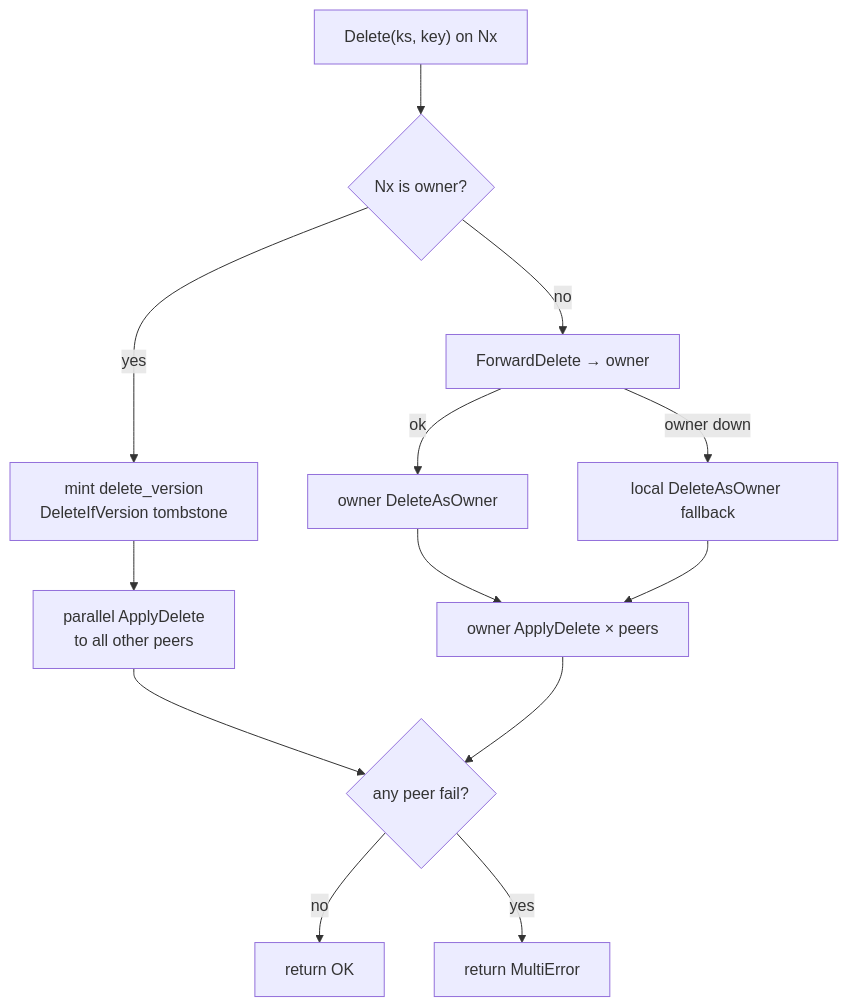
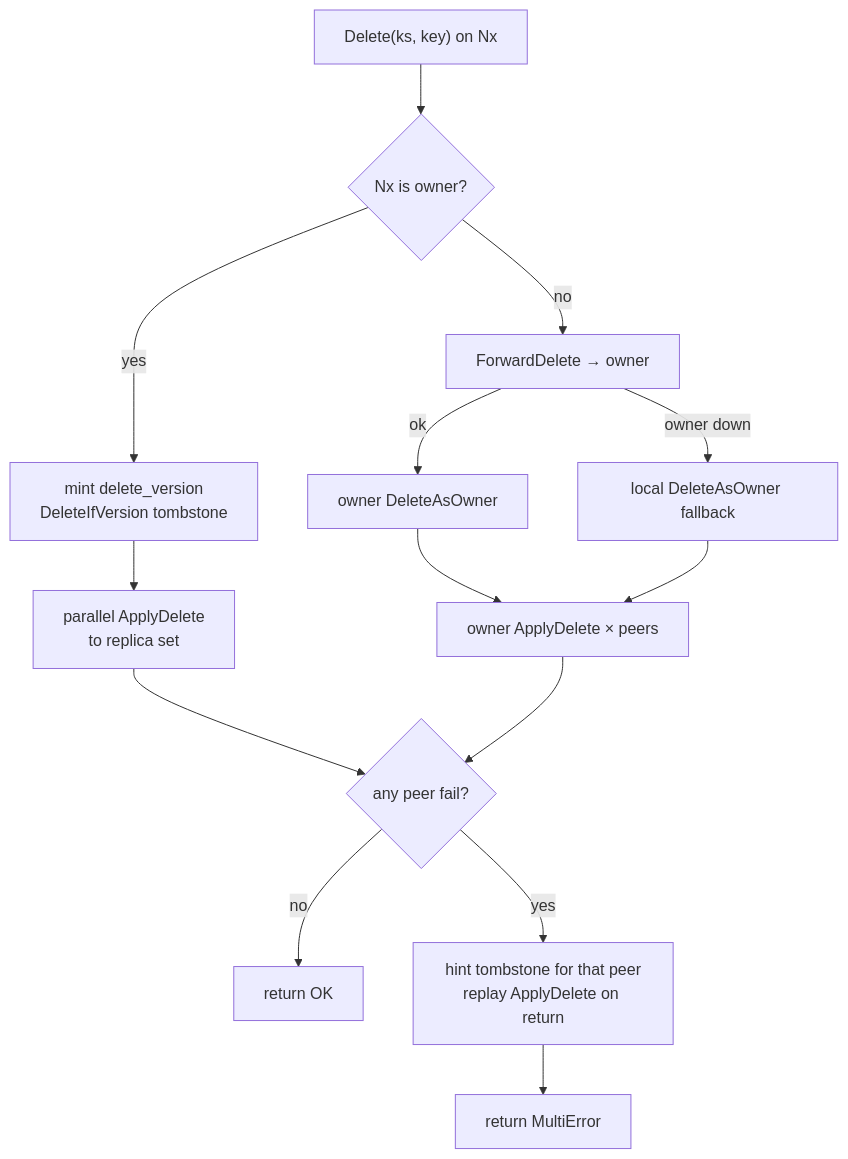
One commit to Code0987/supercache changed the eighth of 18 diagrams in docs/CLUSTER_FLOWS.md. Above: the diagram before and after it, drawn with Mermaid. The commit also changed 12 other files, not shown here.

First line of the commit message:
Replay missed deletes when a replica returns.

````diff
--- a/docs/CLUSTER_FLOWS.md
+++ b/docs/CLUSTER_FLOWS.md
@@ -184,17 +184,18 @@
 ```mermaid
 flowchart TD
   D["Delete(ks, key) on Nx"] --> O{"Nx is owner?"}
 
   O -->|yes| V["mint delete_version<br/>DeleteIfVersion tombstone"]
-  V --> P["parallel ApplyDelete<br/>to all other peers"]
+  V --> P["parallel ApplyDelete<br/>to replica set"]
   P --> R{"any peer fail?"}
   R -->|no| OK["return OK"]
-  R -->|yes| ME["return MultiError"]
+  R -->|yes| H["hint tombstone for that peer<br/>replay ApplyDelete on return"]
+  H --> ME["return MultiError"]
 
   O -->|no| FD["ForwardDelete → owner"]
   FD -->|ok| OWN["owner DeleteAsOwner"]
   FD -->|owner down| FB["local DeleteAsOwner fallback"]
   OWN --> P2["owner ApplyDelete × peers"]
   FB --> P2
   P2 --> R
 ```
````
